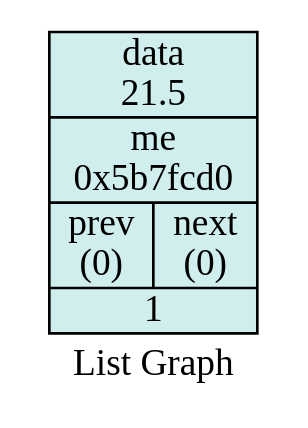
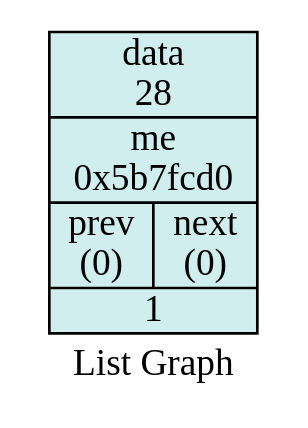
The diagram in 5_list/txt/graph_list.dot (StaVan28/iLab), drawn with Graphviz before and after one commit. The commit also changed 8 other files, not shown here.

```diff
--- a/5_list/txt/graph_list.dot
+++ b/5_list/txt/graph_list.dot
@@ -1,11 +1,11 @@
 digraph List {
 
 	node [shape = "circle", style = "filled", fillcolor = "salmon1", fontcolor = "#000000", margin = "0.01"];
 	edge [style = "dashed"];
 	rankdir = "LR"
 
 	label = "List Graph";
 
-	"V0x5b7fcd0"[shape = "record", fillcolor="lightcyan2", label = "    data\n21.5 |    me\n0x5b7fcd0 | {prev\n(0) |  next\n(0)} | <f0> 1"];
+	"V0x5b7fcd0"[shape = "record", fillcolor="lightcyan2", label = "    data\n28 |    me\n0x5b7fcd0 | {prev\n(0) |  next\n(0)} | <f0> 1"];
 
 }
```
